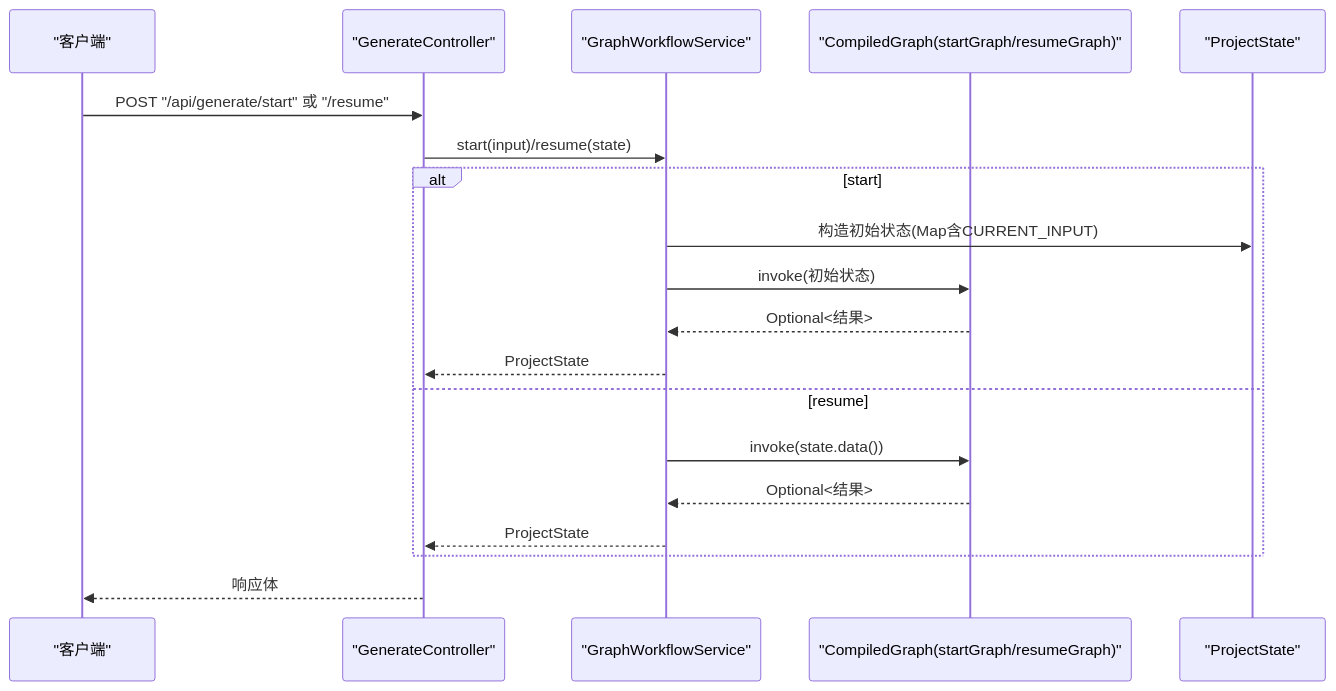
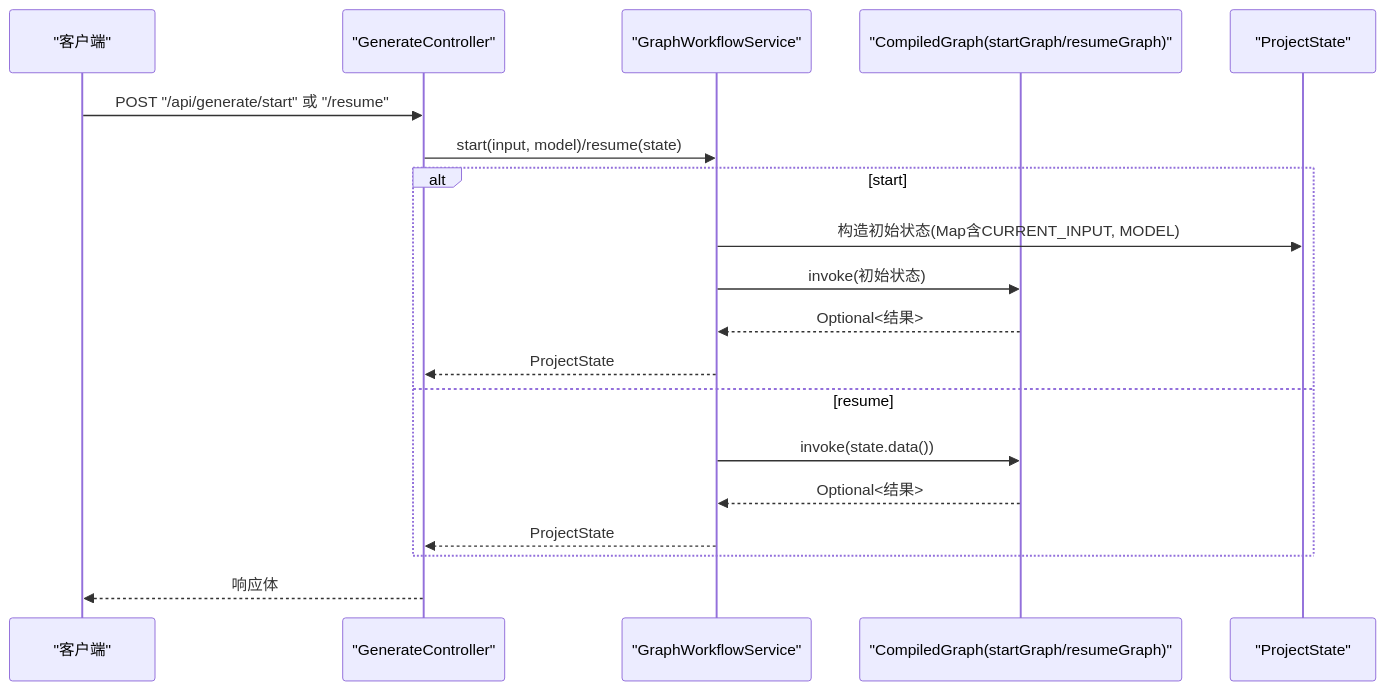
One commit to CyanYuKi/WebSiteFrontendCodeMother changed the third of 9 diagrams in .qoder/repowiki/zh/content/AI工作流系统/工作流引擎核心/工作流引擎核心.md. Above: the diagram before and after it, drawn with Mermaid. The commit also changed other lines of this file and 16 other files, not shown here.

````diff
--- a/.qoder/repowiki/zh/content/AI工作流系统/工作流引擎核心/工作流引擎核心.md
+++ b/.qoder/repowiki/zh/content/AI工作流系统/工作流引擎核心/工作流引擎核心.md
@@ -178,21 +200,21 @@
 ```mermaid
 sequenceDiagram
 participant Client as "客户端"
 participant Ctrl as "GenerateController"
 participant Svc as "GraphWorkflowService"
 participant CG as "CompiledGraph(startGraph/resumeGraph)"
 participant State as "ProjectState"
 Client->>Ctrl : POST "/api/generate/start" 或 "/resume"
-Ctrl->>Svc : start(input)/resume(state)
+Ctrl->>Svc : start(input, model)/resume(state)
 alt start
-Svc->>State : 构造初始状态(Map含CURRENT_INPUT)
+Svc->>State : 构造初始状态(Map含CURRENT_INPUT, MODEL)
 Svc->>CG : invoke(初始状态)
 CG-->>Svc : Optional<结果>
 Svc-->>Ctrl : ProjectState
 else resume
 Svc->>CG : invoke(state.data())
 CG-->>Svc : Optional<结果>
 Svc-->>Ctrl : ProjectState
 end
 Ctrl-->>Client : 响应体
 ```
````
